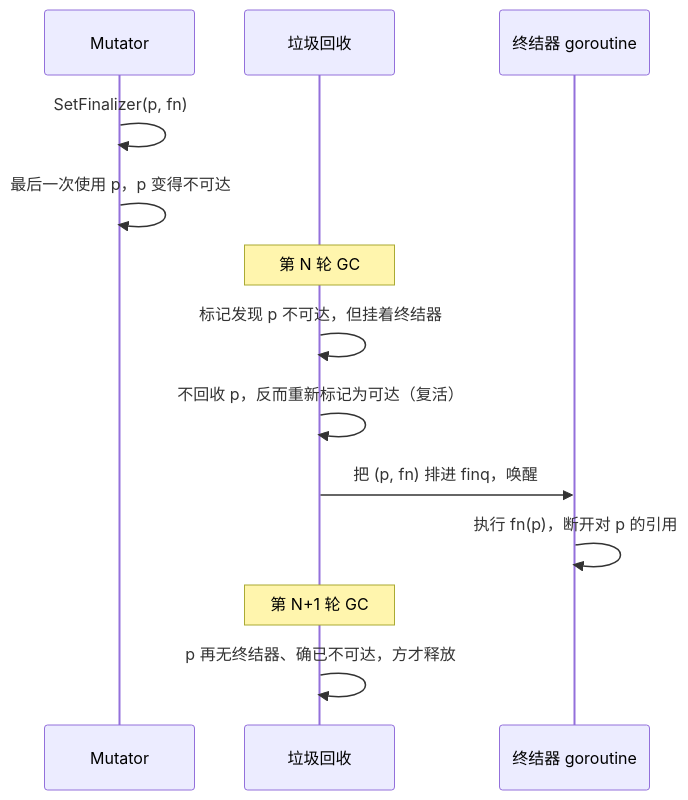
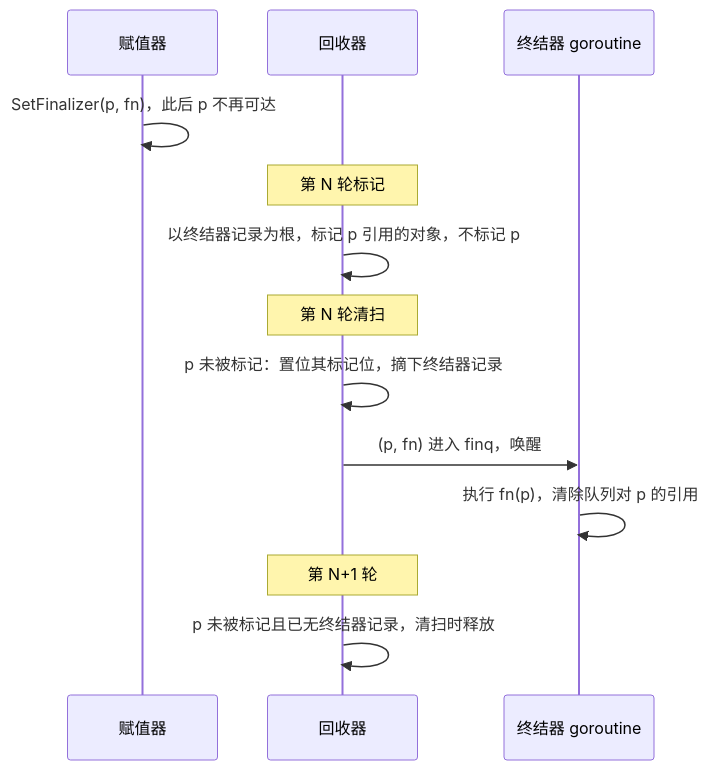
One commit to golang-design/under-the-hood changed the diagram in book/zh-cn/part4memory/ch13gc/finalizer.md. Above: the diagram before and after it, drawn with Mermaid. The commit also changed other lines of this file and 13 other files, not shown here.

````diff
--- a/book/zh-cn/part4memory/ch13gc/finalizer.md
+++ b/book/zh-cn/part4memory/ch13gc/finalizer.md
@@ -78,15 +178,15 @@
 ```mermaid
 sequenceDiagram
-    participant M as Mutator
-    participant GC as 垃圾回收
+    participant M as 赋值器
+    participant GC as 回收器
     participant F as 终结器 goroutine
-    M->>M: SetFinalizer(p, fn)
-    M->>M: 最后一次使用 p，p 变得不可达
-    Note over GC: 第 N 轮 GC
-    GC->>GC: 标记发现 p 不可达，但挂着终结器
-    GC->>GC: 不回收 p，反而重新标记为可达（复活）
-    GC->>F: 把 (p, fn) 排进 finq，唤醒
-    F->>F: 执行 fn(p)，断开对 p 的引用
-    Note over GC: 第 N+1 轮 GC
-    GC->>GC: p 再无终结器、确已不可达，方才释放
+    M->>M: SetFinalizer(p, fn)，此后 p 不再可达
+    Note over GC: 第 N 轮标记
+    GC->>GC: 以终结器记录为根，标记 p 引用的对象，不标记 p
+    Note over GC: 第 N 轮清扫
+    GC->>GC: p 未被标记：置位其标记位，摘下终结器记录
+    GC->>F: (p, fn) 进入 finq，唤醒
+    F->>F: 执行 fn(p)，清除队列对 p 的引用
+    Note over GC: 第 N+1 轮
+    GC->>GC: p 未被标记且已无终结器记录，清扫时释放
 ```
````
